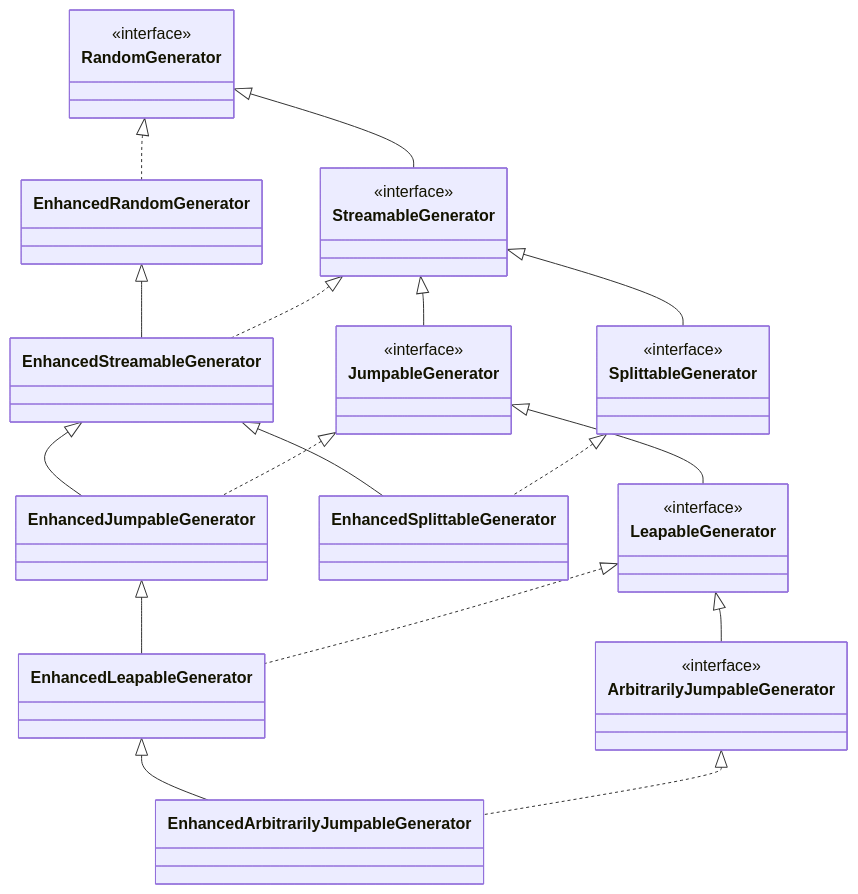
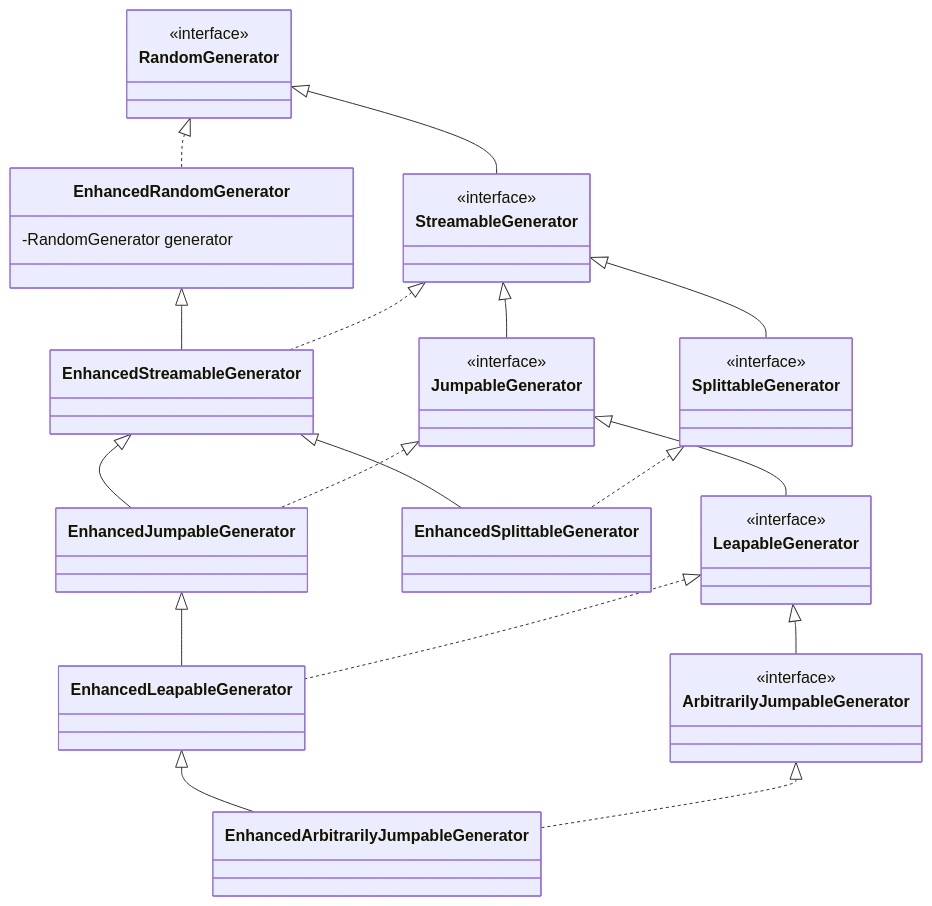
One commit to cicirello/rho-mu changed the diagram in README.md. Above: the diagram before and after it, drawn with Mermaid.

````diff
--- a/README.md
+++ b/README.md
@@ -42,37 +42,38 @@
 ```mermaid
 classDiagram
   class RandomGenerator
   <<interface>> RandomGenerator
   class StreamableGenerator
   <<interface>> StreamableGenerator
   RandomGenerator <|-- StreamableGenerator
   class SplittableGenerator
   <<interface>> SplittableGenerator
   StreamableGenerator <|-- SplittableGenerator
   class JumpableGenerator
   <<interface>> JumpableGenerator
   StreamableGenerator <|-- JumpableGenerator
   class LeapableGenerator
   <<interface>> LeapableGenerator
   JumpableGenerator <|-- LeapableGenerator
   class ArbitrarilyJumpableGenerator
   <<interface>> ArbitrarilyJumpableGenerator
   LeapableGenerator <|-- ArbitrarilyJumpableGenerator
   class EnhancedRandomGenerator
   RandomGenerator <|.. EnhancedRandomGenerator
+  EnhancedRandomGenerator : -RandomGenerator generator
   class EnhancedStreamableGenerator
   EnhancedRandomGenerator <|-- EnhancedStreamableGenerator
   StreamableGenerator <|.. EnhancedStreamableGenerator
   class EnhancedSplittableGenerator
   EnhancedStreamableGenerator <|-- EnhancedSplittableGenerator
   SplittableGenerator <|.. EnhancedSplittableGenerator
   class EnhancedJumpableGenerator
   EnhancedStreamableGenerator <|-- EnhancedJumpableGenerator
   JumpableGenerator <|.. EnhancedJumpableGenerator
   class EnhancedLeapableGenerator
   EnhancedJumpableGenerator <|-- EnhancedLeapableGenerator
   LeapableGenerator <|.. EnhancedLeapableGenerator
   class EnhancedArbitrarilyJumpableGenerator
   EnhancedLeapableGenerator <|-- EnhancedArbitrarilyJumpableGenerator
   ArbitrarilyJumpableGenerator <|.. EnhancedArbitrarilyJumpableGenerator
 ```
````
